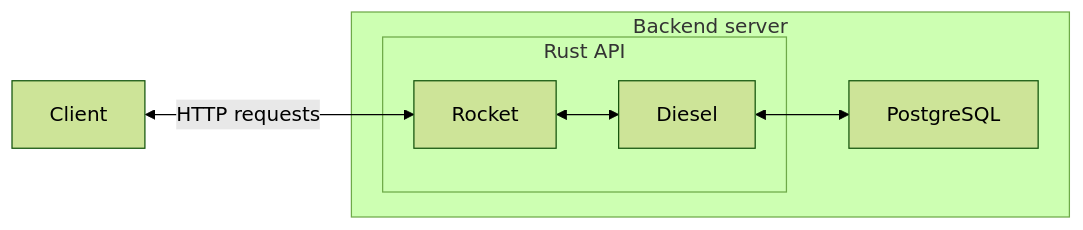
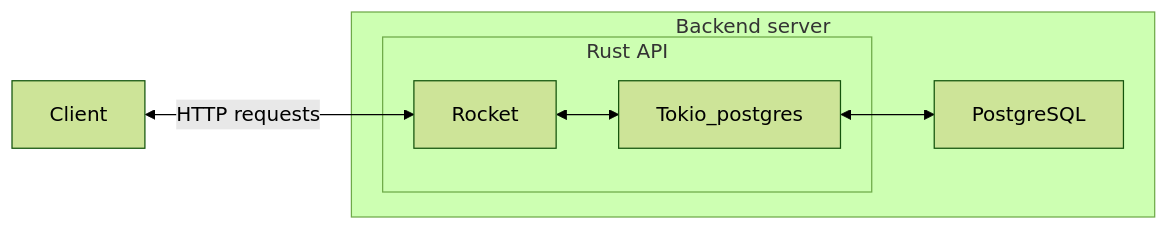
One commit to ArnoBidet/wanderways-doc changed the diagram in docs/backend/index.md. Above: the diagram before and after it, drawn with Mermaid (forest theme). The commit also changed other lines of this file and 4 other files, not shown here.

````diff
--- a/docs/backend/index.md
+++ b/docs/backend/index.md
@@ -7,10 +7,10 @@
 ```mermaid
 flowchart LR
     Client<-- HTTP requests -->Rocket
     subgraph Backend server
       subgraph Rust API
-        Rocket<-->Diesel
+        Rocket<-->Tokio_postgres
       end
-    Diesel <--> PostgreSQL
+    Tokio_postgres <--> PostgreSQL
     end
 ```
````
